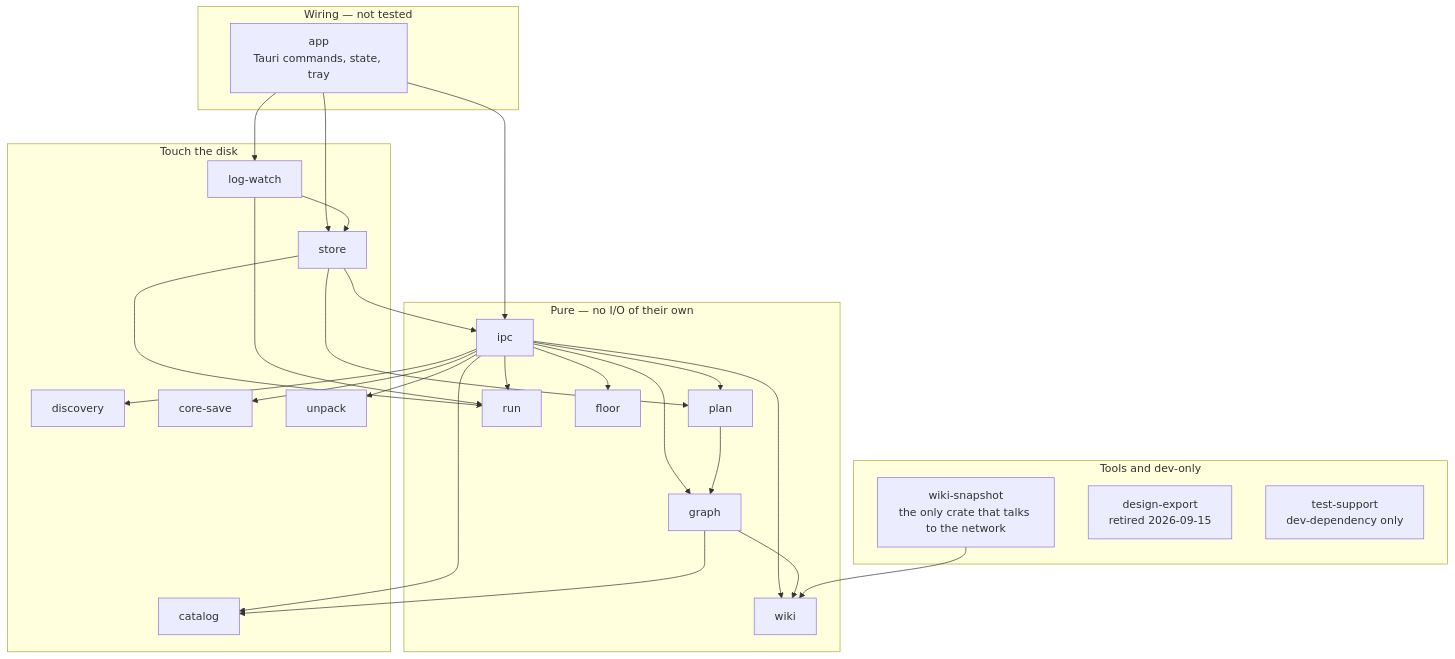
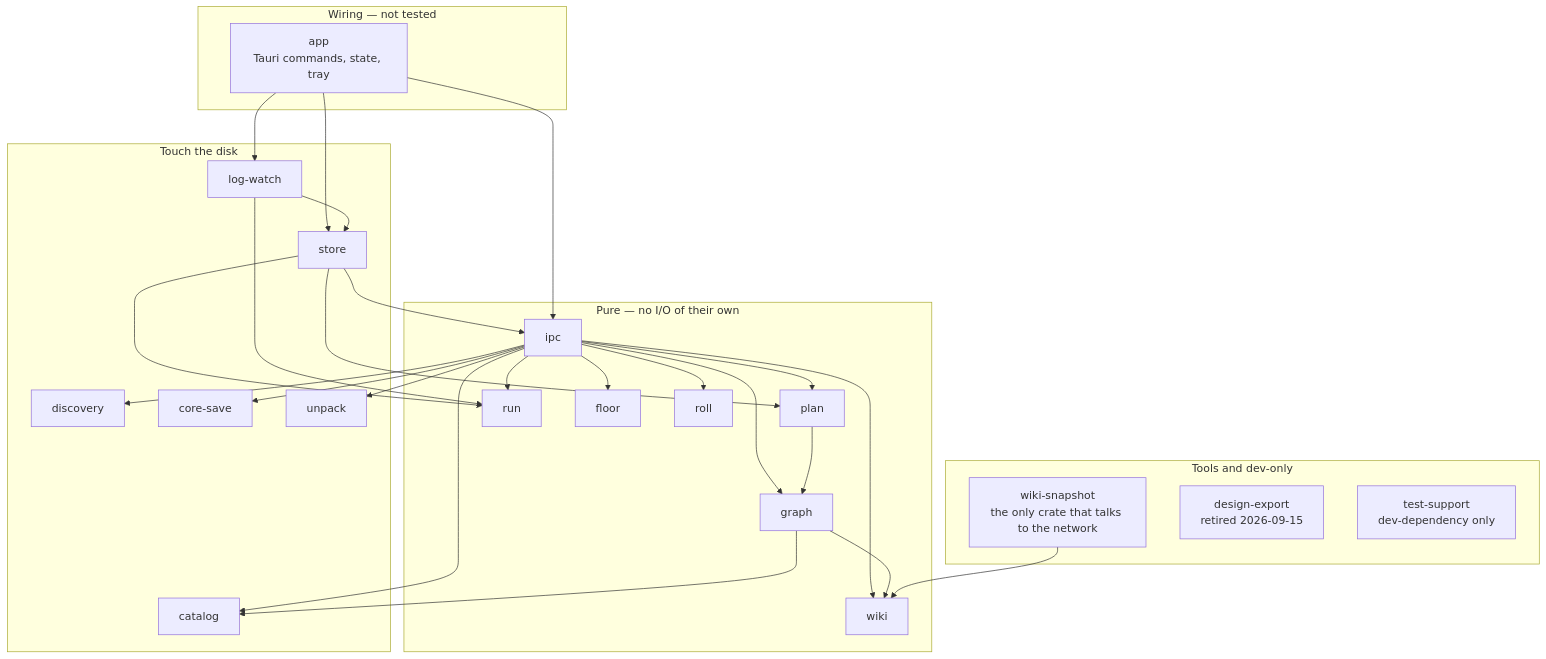
Before and after one commit to DomenghiniStefano/isaac-dome: the second of 4 diagrams in docs/architecture.md, drawn with Mermaid. The commit also changed other lines of this file and 5 other files, not shown here.

````diff
--- a/docs/architecture.md
+++ b/docs/architecture.md
@@ -139,57 +142,59 @@
 ```mermaid
 flowchart TD
   subgraph wiring["Wiring — not tested"]
     app["app<br/>Tauri commands, state, tray"]
   end
 
   subgraph io["Touch the disk"]
     discovery["discovery"]
     coresave["core-save"]
     unpack["unpack"]
     catalog["catalog"]
     logwatch["log-watch"]
     store["store"]
   end
 
   subgraph purecrates["Pure — no I/O of their own"]
     ipc["ipc"]
     graphc["graph"]
     plan["plan"]
     runc["run"]
     floor["floor"]
     wiki["wiki"]
+    rollc["roll"]
   end
 
   subgraph aside["Tools and dev-only"]
     wikisnap["wiki-snapshot<br/>the only crate that talks to the network"]
     designexport["design-export<br/>retired 2026-09-15"]
     testsupport["test-support<br/>dev-dependency only"]
   end
 
   app --> ipc
   app --> store
   app --> logwatch
 
   ipc --> discovery
   ipc --> coresave
   ipc --> unpack
   ipc --> catalog
   ipc --> runc
   ipc --> graphc
   ipc --> plan
   ipc --> floor
   ipc --> wiki
+  ipc --> rollc
 
   store --> ipc
   store --> runc
   store --> plan
 
   logwatch --> runc
   logwatch --> store
 
   graphc --> catalog
   graphc --> wiki
   plan --> graphc
 
   wikisnap --> wiki
 ```
````
